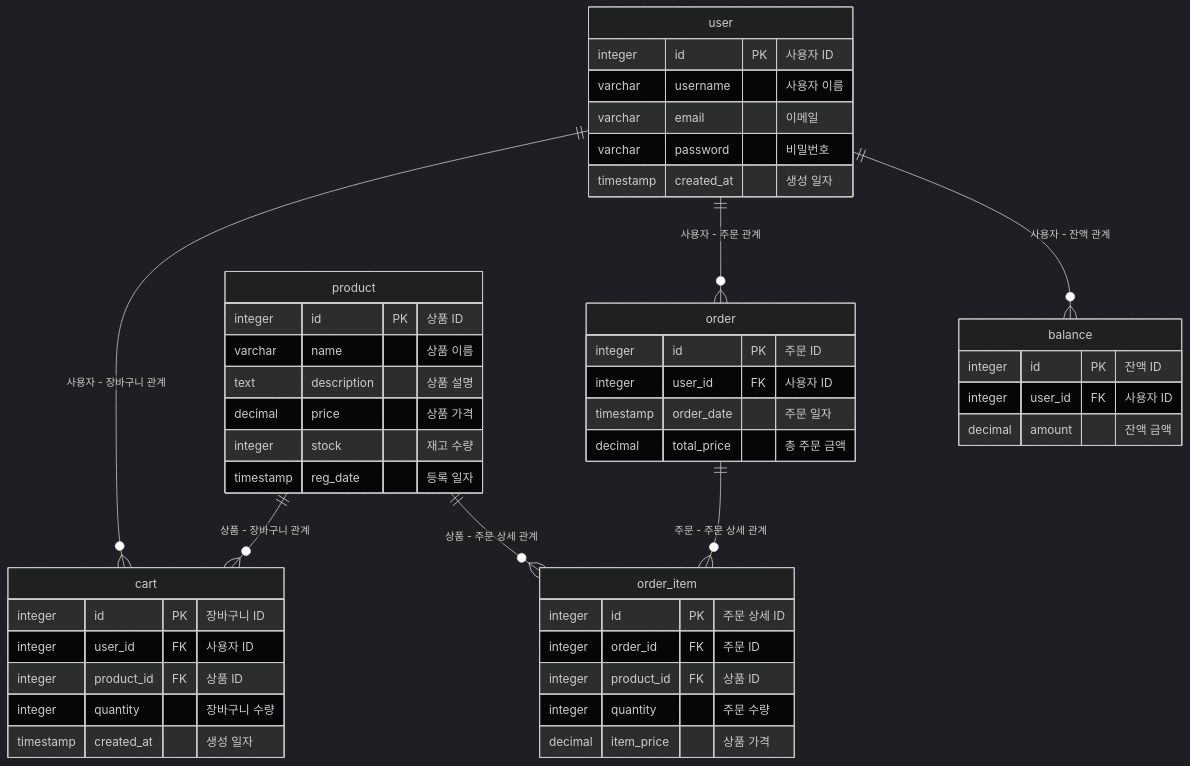
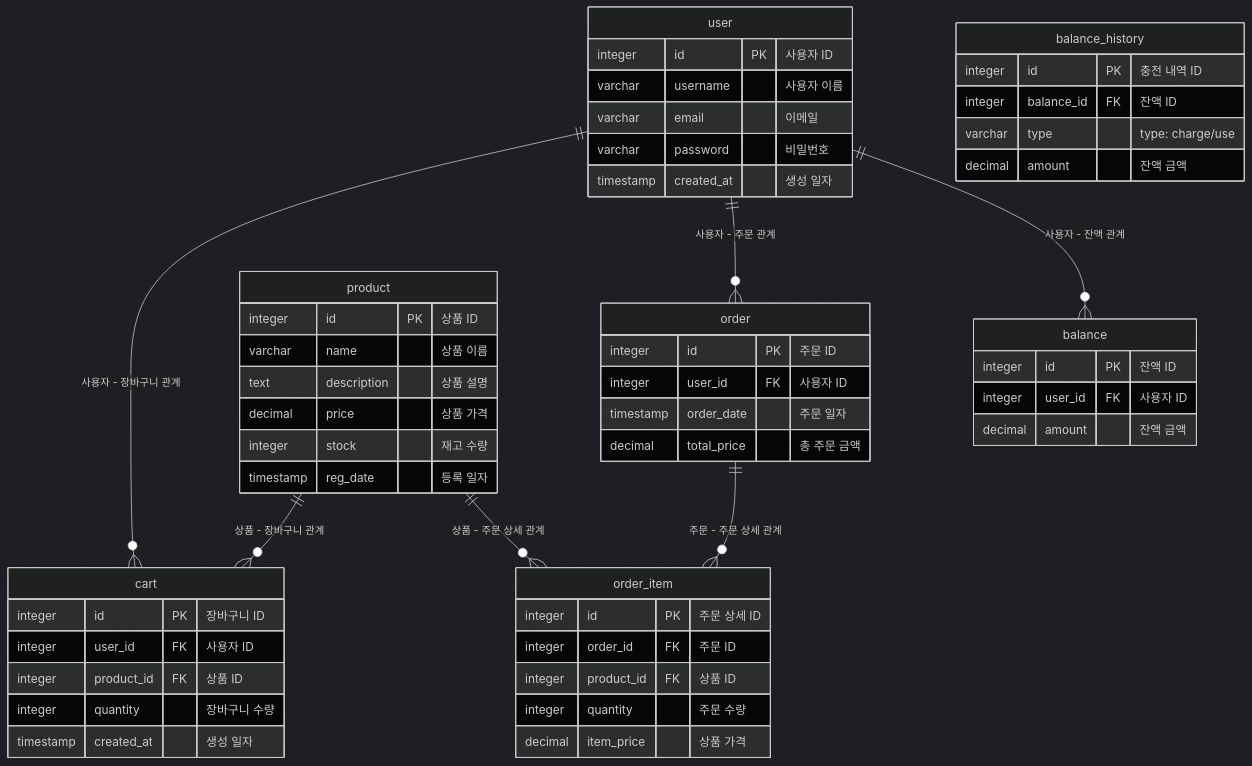
One commit to pisue/HH99-E-commerce changed the diagram in docs/erd.md. Above: the diagram before and after it, drawn with Mermaid (dark theme).

Commit message:
docs: erd 추가

````diff
--- a/docs/erd.md
+++ b/docs/erd.md
@@ -6,64 +6,72 @@
 ```mermaid
 erDiagram
 
     %% 사용자 테이블
     user {
         integer id PK "사용자 ID"
         varchar username "사용자 이름"
         varchar email "이메일"
         varchar password "비밀번호"
         timestamp created_at "생성 일자"
     }
 
     %% 잔액 테이블
     balance {
         integer id PK "잔액 ID"
         integer user_id FK "사용자 ID"
         decimal amount "잔액 금액"
     }
+
+   %% 충전/사용 내역
+   balance_history {
+      integer id PK "충전 내역 ID"
+      integer balance_id FK "잔액 ID"
+      varchar type "type: charge/use"     
+      decimal amount "잔액 금액"
+   }
 
     %% 상품 테이블
     product {
         integer id PK "상품 ID"
         varchar name "상품 이름"
         text description "상품 설명"
         decimal price "상품 가격"
         integer stock "재고 수량"
         timestamp reg_date "등록 일자"
     }
 
     %% 주문 테이블
     order {
         integer id PK "주문 ID"
         integer user_id FK "사용자 ID"
         timestamp order_date "주문 일자"
         decimal total_price "총 주문 금액"
     }
 
     %% 주문 상세 테이블
     order_item {
         integer id PK "주문 상세 ID"
         integer order_id FK "주문 ID"
         integer product_id FK "상품 ID"
         integer quantity "주문 수량"
         decimal item_price "상품 가격"
     }
 
     %% 장바구니 테이블
     cart {
         integer id PK "장바구니 ID"
         integer user_id FK "사용자 ID"
         integer product_id FK "상품 ID"
         integer quantity "장바구니 수량"
         timestamp created_at "생성 일자"
     }
 
     %% 관계 정의
     user ||--o{ balance : "사용자 - 잔액 관계"
     user ||--o{ order : "사용자 - 주문 관계"
     user ||--o{ cart : "사용자 - 장바구니 관계"
     order ||--o{ order_item : "주문 - 주문 상세 관계"
     product ||--o{ order_item : "상품 - 주문 상세 관계"
     product ||--o{ cart : "상품 - 장바구니 관계"
 
 ```
````
